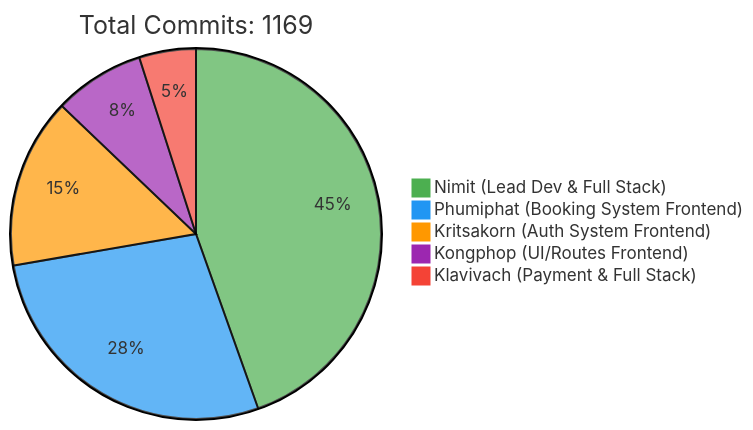
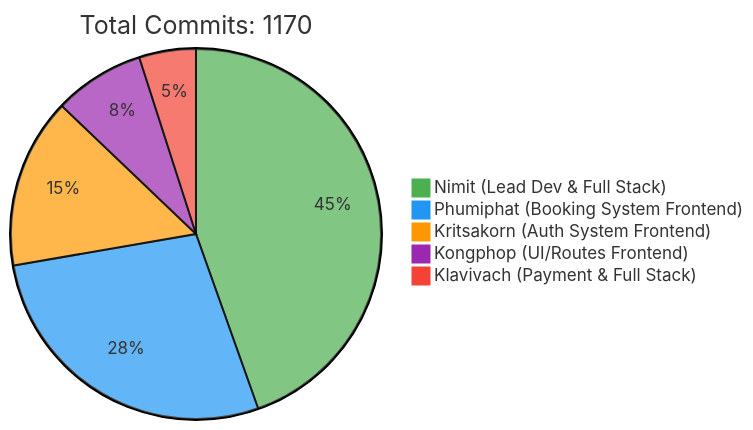
The first of 2 diagrams in README.md (6531503042/Sport-Complex), drawn with Mermaid before and after one commit. The commit also changed other lines of this file, not shown here.

Commit message:
docs: Update contributor statistics [skip ci]

````diff
--- a/README.md
+++ b/README.md
@@ -257,10 +257,10 @@
 ```mermaid
 %%{init: {'theme': 'base', 'themeVariables': { 'pie1': '#4CAF50', 'pie2': '#2196F3', 'pie3': '#FF9800', 'pie4': '#9C27B0', 'pie5': '#F44336'}}}%%
 pie
-    title Total Commits: 1169
+    title Total Commits: 1170
     "Nimit (Lead Dev & Full Stack)" : 450
     "Phumiphat (Booking System Frontend)" : 280
     "Kritsakorn (Auth System Frontend)" : 150
     "Kongphop (UI/Routes Frontend)" : 80
     "Klavivach (Payment & Full Stack)" : 50
 ```
````
